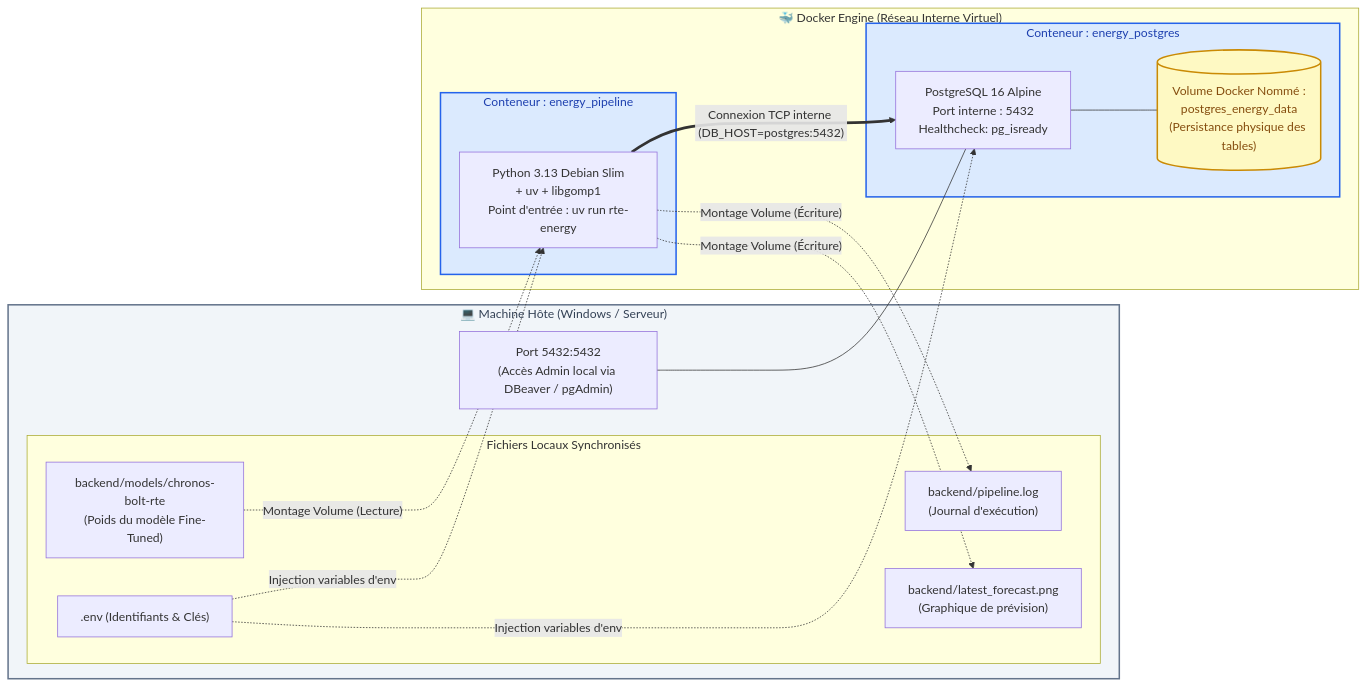
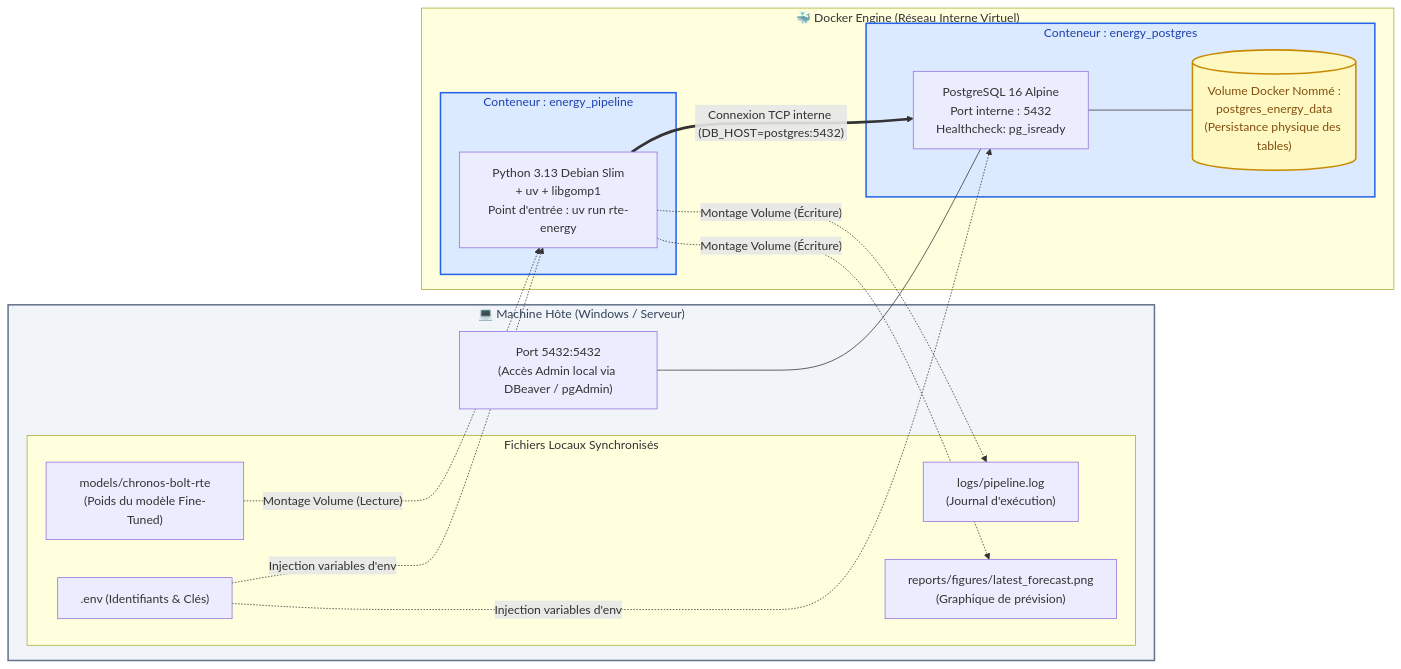
The second of 6 diagrams in docs/ARCHITECTURE.md (clairedata/rte_energie), drawn with Mermaid before and after one commit. The commit also changed other lines of this file and 11 other files, not shown here.

````diff
--- a/docs/ARCHITECTURE.md
+++ b/docs/ARCHITECTURE.md
@@ -114,43 +114,43 @@
 ```mermaid
 flowchart LR
     subgraph Host ["💻 Machine Hôte (Windows / Serveur)"]
         subgraph LocalFiles ["Fichiers Locaux Synchronisés"]
             Env[".env (Identifiants & Clés)"]
-            ModelsDir["backend/models/chronos-bolt-rte<br/>(Poids du modèle Fine-Tuned)"]
-            LogFile["backend/pipeline.log<br/>(Journal d'exécution)"]
-            PlotFile["backend/latest_forecast.png<br/>(Graphique de prévision)"]
+            ModelsDir["models/chronos-bolt-rte<br/>(Poids du modèle Fine-Tuned)"]
+            LogFile["logs/pipeline.log<br/>(Journal d'exécution)"]
+            PlotFile["reports/figures/latest_forecast.png<br/>(Graphique de prévision)"]
         end
 
         PortMapping["Port 5432:5432<br/>(Accès Admin local via DBeaver / pgAdmin)"]
     end
 
     subgraph DockerBridge ["🐳 Docker Engine (Réseau Interne Virtuel)"]
         subgraph PostgresContainer ["Conteneur : energy_postgres"]
             PG["PostgreSQL 16 Alpine<br/>Port interne : 5432<br/>Healthcheck: pg_isready"]
             PGVol[("Volume Docker Nommé :<br/>postgres_energy_data<br/>(Persistance physique des tables)")]
             PG --- PGVol
         end
 
         subgraph PipelineContainer ["Conteneur : energy_pipeline"]
             App["Python 3.13 Debian Slim<br/>+ uv + libgomp1<br/>Point d'entrée : uv run rte-energy"]
         end
     end
 
     %% Liaisons de volumes et réseau
     ModelsDir -.->|"Montage Volume (Lecture)"| App
     App -.->|"Montage Volume (Écriture)"| LogFile
     App -.->|"Montage Volume (Écriture)"| PlotFile
     Env -.->|"Injection variables d'env"| App
     Env -.->|"Injection variables d'env"| PG
 
     PortMapping --- PG
     App ==>|"Connexion TCP interne (DB_HOST=postgres:5432)"| PG
 
     classDef host fill:#f1f5f9,stroke:#64748b,stroke-width:2px,color:#334155;
     classDef container fill:#dbeafe,stroke:#2563eb,stroke-width:2px,color:#1e40af;
     classDef volume fill:#fef9c3,stroke:#ca8a04,stroke-width:2px,color:#854d0e;
 
     class Host host;
     class PostgresContainer,PipelineContainer container;
     class PGVol volume;
 ```
````
